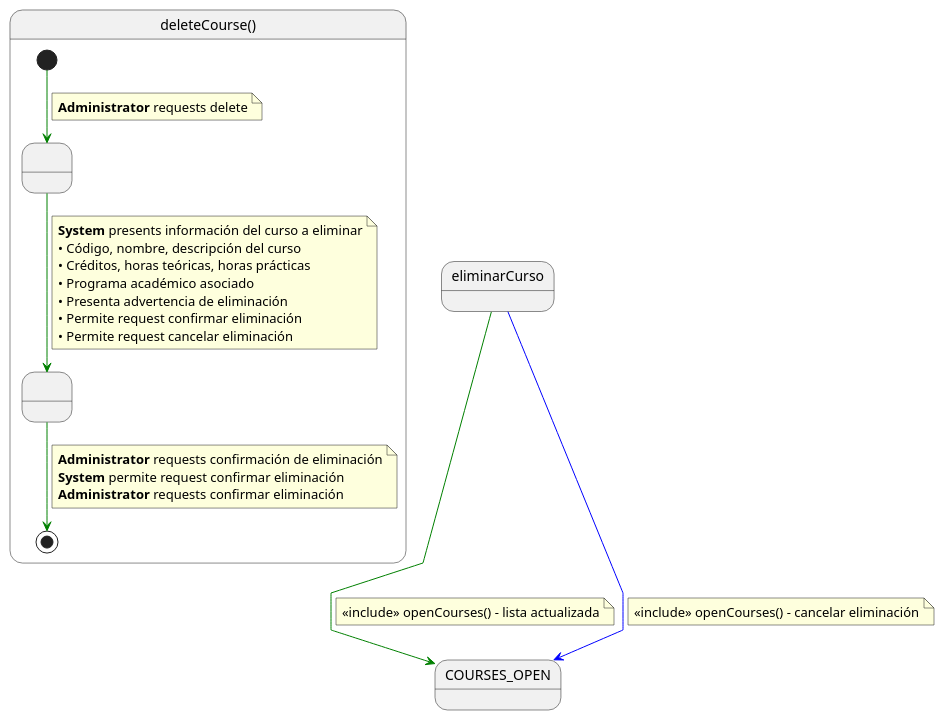
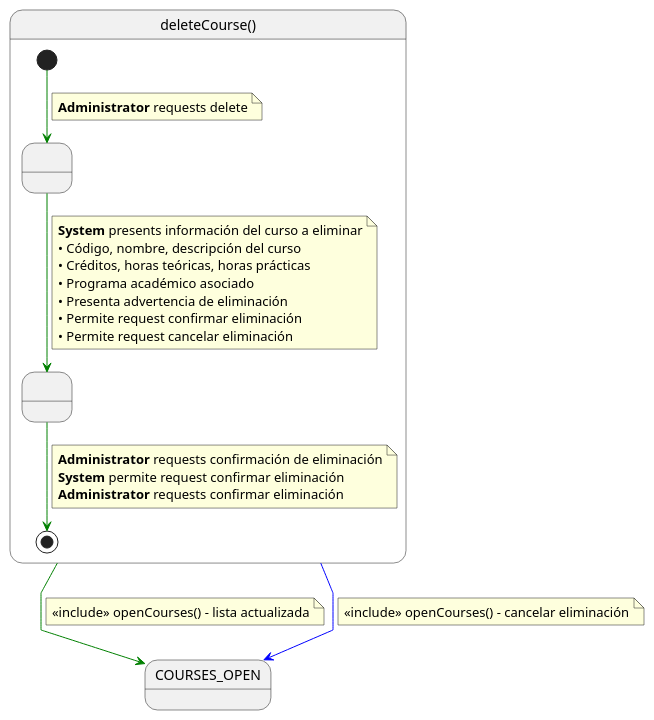
One commit to mmasias/pySigHor changed the diagram in RUP/00-casos-uso/02-detalle/eliminarCurso/especificacion.puml. Above: the diagram before and after it, drawn with PlantUML. The commit also changed 22 other files, not shown here.

```diff
--- a/RUP/00-casos-uso/02-detalle/eliminarCurso/especificacion.puml
+++ b/RUP/00-casos-uso/02-detalle/eliminarCurso/especificacion.puml
@@ -1,44 +1,44 @@
 @startuml deleteCourse
 
 skinparam linetype polyline
 
 state deleteCourse as "deleteCourse()" {
 
     state " " as ConfirmandoEliminacion
     state " " as EliminandoCurso
 
     [*] -[#green]-> ConfirmandoEliminacion 
     note on link
     <b>Administrator</b> requests delete
     end note    
     
     ConfirmandoEliminacion -[#green]-> EliminandoCurso
     note on link
     <b>System</b> presents información del curso a eliminar
     • Código, nombre, descripción del curso
     • Créditos, horas teóricas, horas prácticas
     • Programa académico asociado
     • Presenta advertencia de eliminación
     • Permite request confirmar eliminación
     • Permite request cancelar eliminación
     end note
     
     EliminandoCurso -[#green]-> [*]
     note on link
     <b>Administrator</b> requests confirmación de eliminación
     <b>System</b> permite request confirmar eliminación
     <b>Administrator</b> requests confirmar eliminación
     end note
 }
 
-eliminarCurso -[#green]-> COURSES_OPEN
+deleteCourse -[#green]-> COURSES_OPEN
 note on link
 <<include>> openCourses() - lista actualizada
 end note
 
-eliminarCurso -[#blue]-> COURSES_OPEN
+deleteCourse -[#blue]-> COURSES_OPEN
 note on link
 <<include>> openCourses() - cancelar eliminación
 end note
 
 @enduml
```
